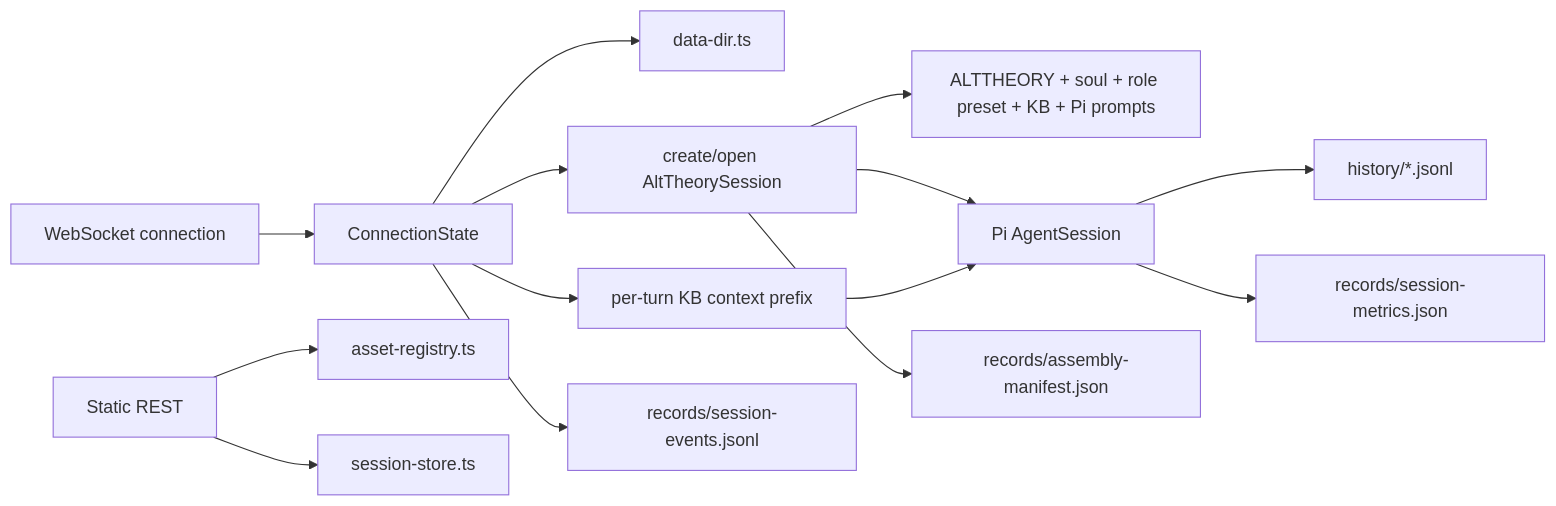
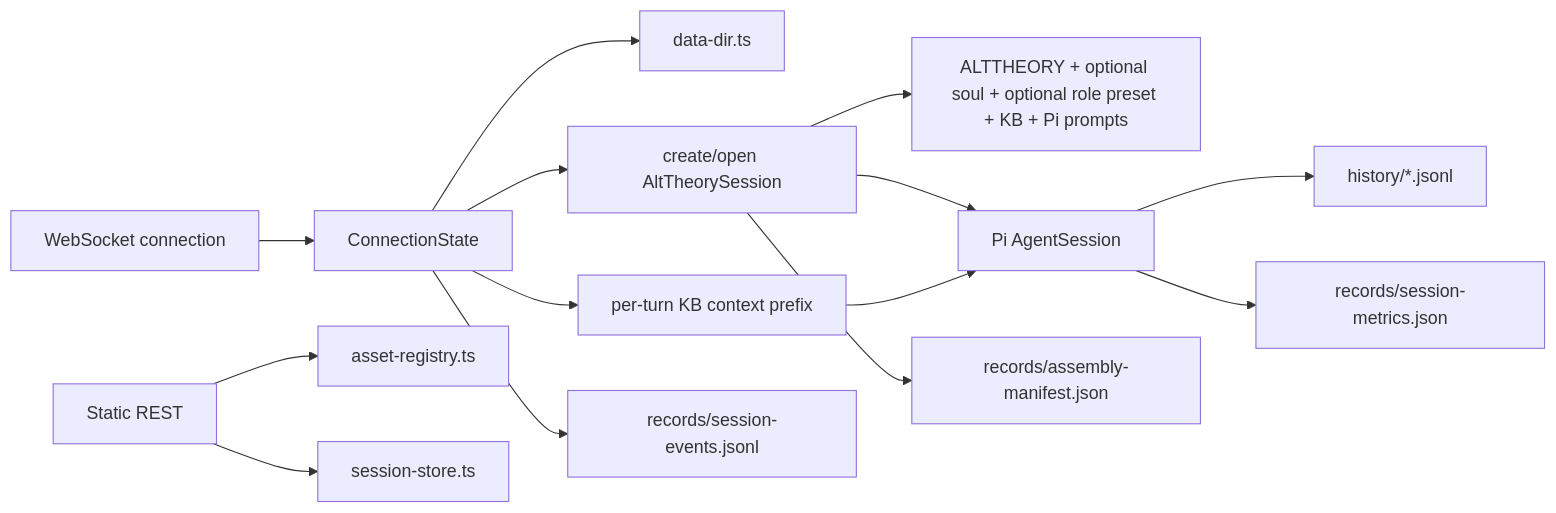
One commit to syuan-research/alt-theory changed the diagram in project/architecture/core-session-engine.md. Above: the diagram before and after it, drawn with Mermaid. The commit also changed other lines of this file and 20 other files, not shown here.

Commit message:
feature: add selectable soul and role assets

````diff
--- a/project/architecture/core-session-engine.md
+++ b/project/architecture/core-session-engine.md
@@ -48,16 +51,16 @@
 ```mermaid
 flowchart LR
   WS[WebSocket connection] --> State[ConnectionState]
   State --> Dirs[data-dir.ts]
   State --> Core[create/open AltTheorySession]
-  Core --> Assets[ALTTHEORY + soul + role preset + KB + Pi prompts]
+  Core --> Assets[ALTTHEORY + optional soul + optional role preset + KB + Pi prompts]
   Core --> Pi[Pi AgentSession]
   State --> Prefix[per-turn KB context prefix]
   Prefix --> Pi
   Pi --> JSONL[history/*.jsonl]
   Core --> Manifest[records/assembly-manifest.json]
   Pi --> Metrics[records/session-metrics.json]
   State --> Events[records/session-events.jsonl]
   REST[Static REST] --> Registry[asset-registry.ts]
   REST --> Store[session-store.ts]
 ```
````
